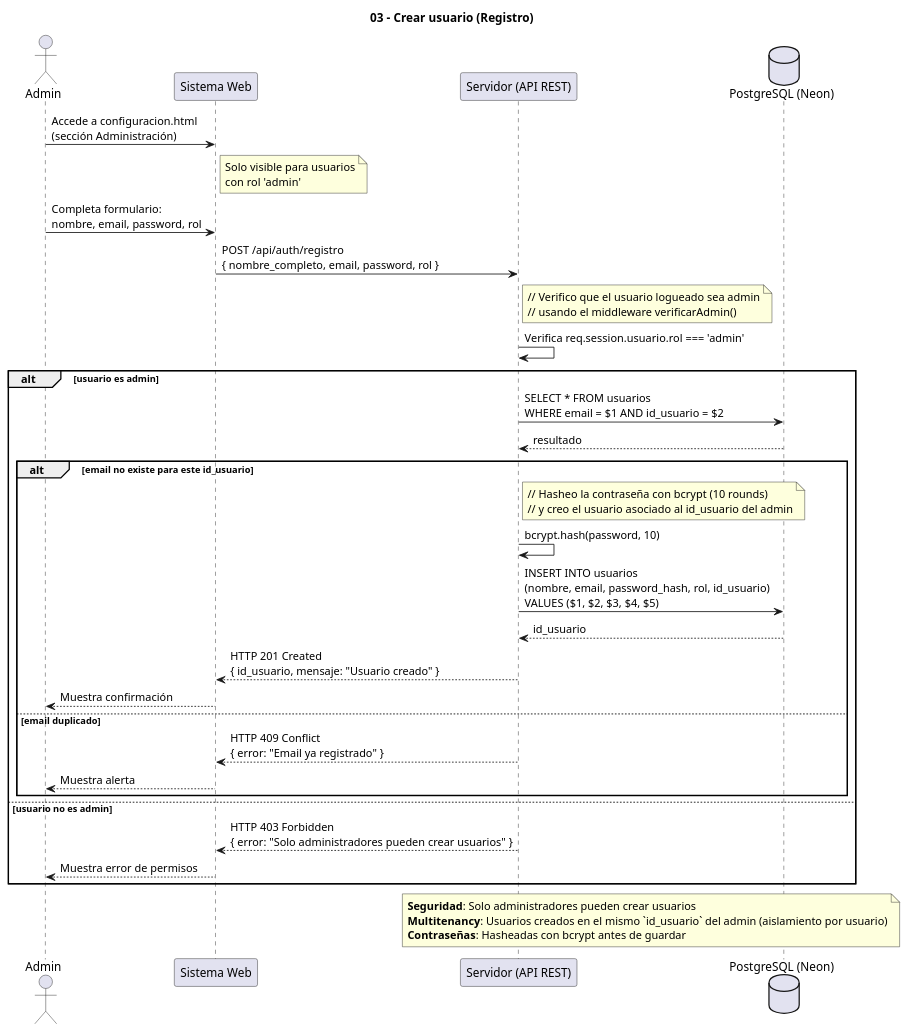
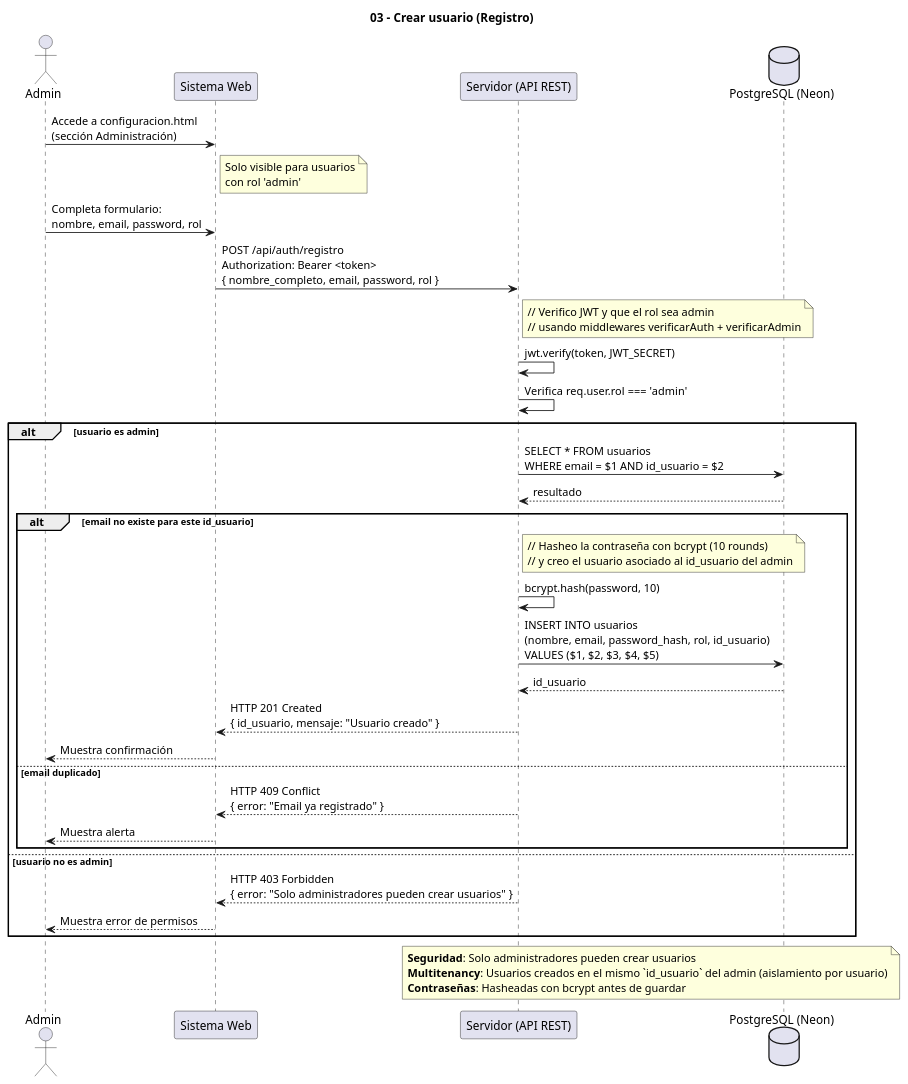
Before and after one commit to marcostoledo96/mvp_historias-clinicas: the diagram in docs/03_crear_usuario.puml, drawn with PlantUML. The commit also changed 49 other files, not shown here.

```diff
--- a/docs/03_crear_usuario.puml
+++ b/docs/03_crear_usuario.puml
@@ -1,63 +1,64 @@
 @startuml
 ' Diagrama 03 - Crear usuario (solo administradores)
 ' Endpoint protegido: solo usuarios con rol 'admin' pueden crear usuarios
 title 03 - Crear usuario (Registro)
 
 actor Admin
 participant "Sistema Web" as Web
 participant "Servidor (API REST)" as Server
 database "PostgreSQL (Neon)" as DB
 
 Admin -> Web : Accede a configuracion.html\n(sección Administración)
 
 note right of Web
   Solo visible para usuarios
   con rol 'admin'
 end note
 
 Admin -> Web : Completa formulario:\nnombre, email, password, rol
-Web -> Server : POST /api/auth/registro\n{ nombre_completo, email, password, rol }
+Web -> Server : POST /api/auth/registro\nAuthorization: Bearer <token>\n{ nombre_completo, email, password, rol }
 
 note right of Server
-  // Verifico que el usuario logueado sea admin
-  // usando el middleware verificarAdmin()
+  // Verifico JWT y que el rol sea admin
+  // usando middlewares verificarAuth + verificarAdmin
 end note
 
-Server -> Server : Verifica req.session.usuario.rol === 'admin'
+Server -> Server : jwt.verify(token, JWT_SECRET)
+Server -> Server : Verifica req.user.rol === 'admin'
 
 alt usuario es admin
   
   Server -> DB : SELECT * FROM usuarios\nWHERE email = $1 AND id_usuario = $2
   DB --> Server : resultado
   
   alt email no existe para este id_usuario
     
     note right of Server
       // Hasheo la contraseña con bcrypt (10 rounds)
       // y creo el usuario asociado al id_usuario del admin
     end note
     
     Server -> Server : bcrypt.hash(password, 10)
     Server -> DB : INSERT INTO usuarios\n(nombre, email, password_hash, rol, id_usuario)\nVALUES ($1, $2, $3, $4, $5)
     DB --> Server : id_usuario
     
     Server --> Web : HTTP 201 Created\n{ id_usuario, mensaje: "Usuario creado" }
     Web --> Admin : Muestra confirmación
     
   else email duplicado
     Server --> Web : HTTP 409 Conflict\n{ error: "Email ya registrado" }
     Web --> Admin : Muestra alerta
   end
   
 else usuario no es admin
   Server --> Web : HTTP 403 Forbidden\n{ error: "Solo administradores pueden crear usuarios" }
   Web --> Admin : Muestra error de permisos
 end
 
 note over Server, DB
   **Seguridad**: Solo administradores pueden crear usuarios
   **Multitenancy**: Usuarios creados en el mismo `id_usuario` del admin (aislamiento por usuario)
   **Contraseñas**: Hasheadas con bcrypt antes de guardar
 end note
 
 @enduml
```
